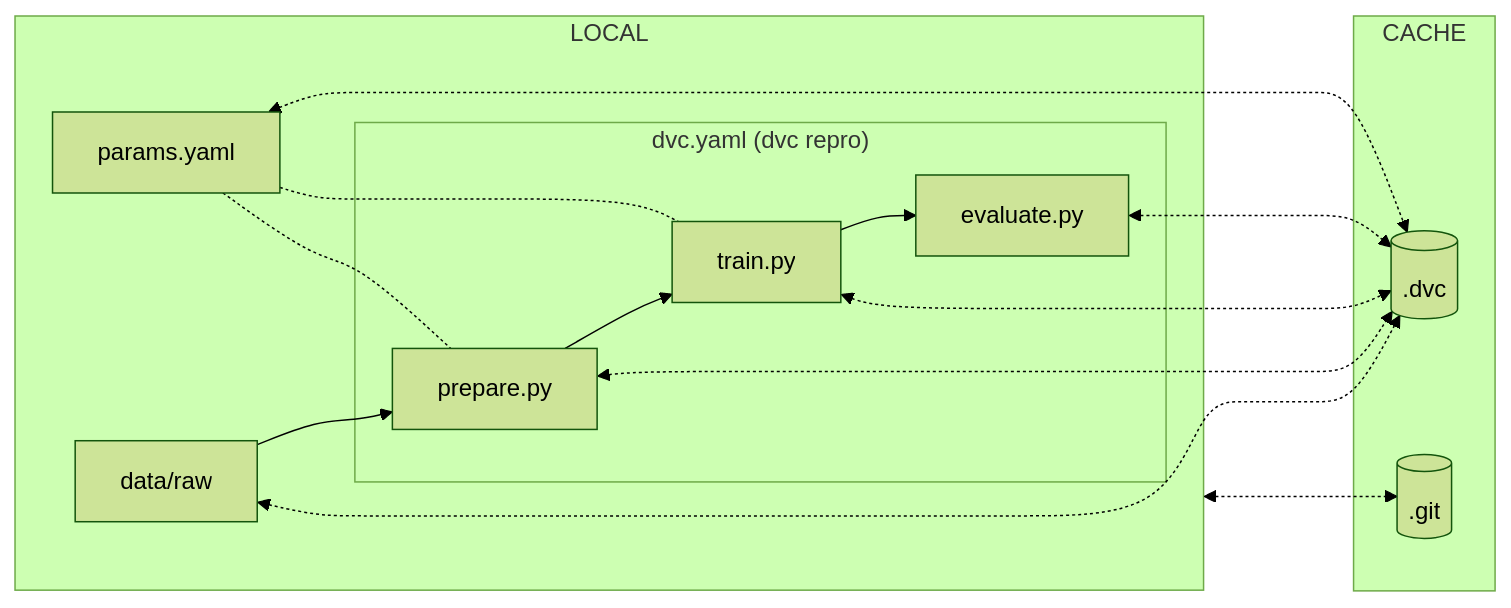
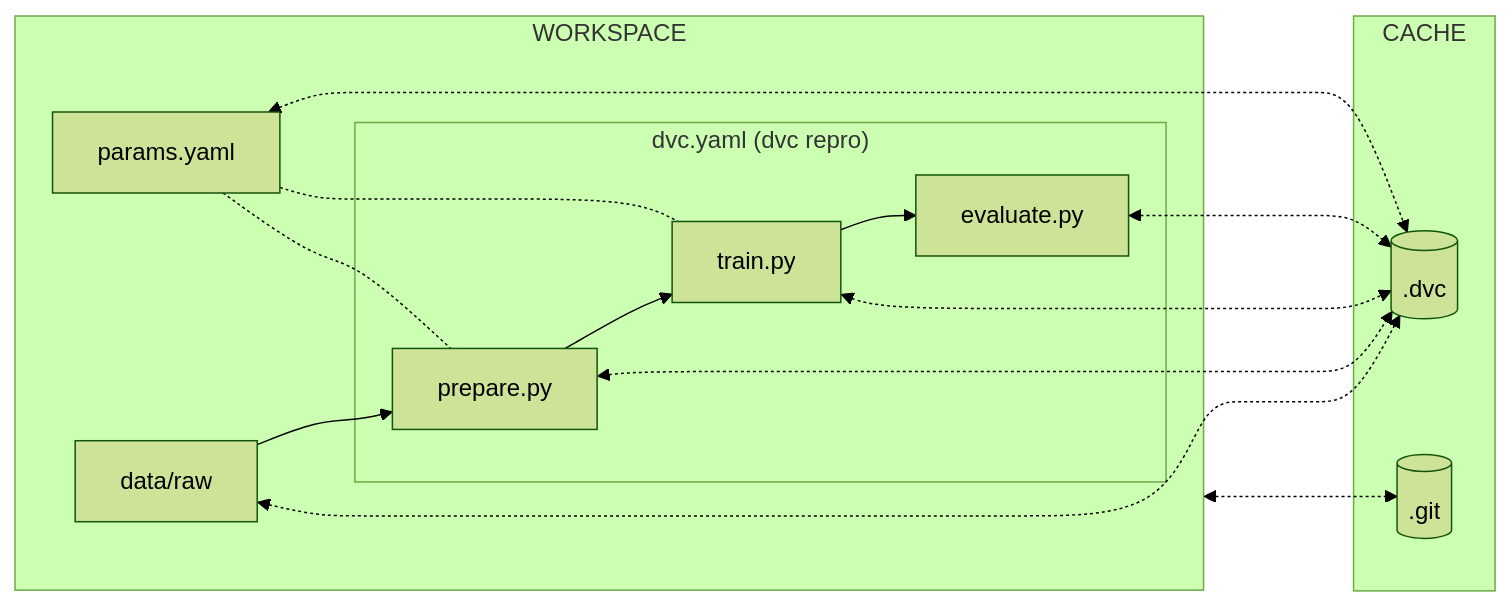
The diagram in docs/part-1-local-training-and-model-evaluation/conclusion.md (swiss-ai-center/a-guide-to-mlops), drawn with Mermaid (forest theme) before and after one commit. The commit also changed other lines of this file and 19 other files, not shown here.

````diff
--- a/docs/part-1-local-training-and-model-evaluation/conclusion.md
+++ b/docs/part-1-local-training-and-model-evaluation/conclusion.md
@@ -17,24 +17,24 @@
 ```mermaid
 flowchart LR
 	dot_dvc[(.dvc)]
 	dot_git[(.git)]
 	data[data/raw] <-.-> dot_dvc
-    localGraph <-....-> dot_git
+	workspaceGraph <-....-> dot_git
 	subgraph cacheGraph[CACHE]
 		dot_dvc
 		dot_git
 	end
-	subgraph localGraph[LOCAL]
+	subgraph workspaceGraph[WORKSPACE]
 		prepare[prepare.py] <-.-> dot_dvc
 		train[train.py] <-.-> dot_dvc
 		evaluate[evaluate.py] <-.-> dot_dvc
 		data --> prepare
 		subgraph dvcGraph["dvc.yaml (dvc repro)"]
 			prepare --> train
 			train --> evaluate
 		end
         params[params.yaml] -.- prepare
         params -.- train
         params <-.-> dot_dvc
 	end
 ```
````
